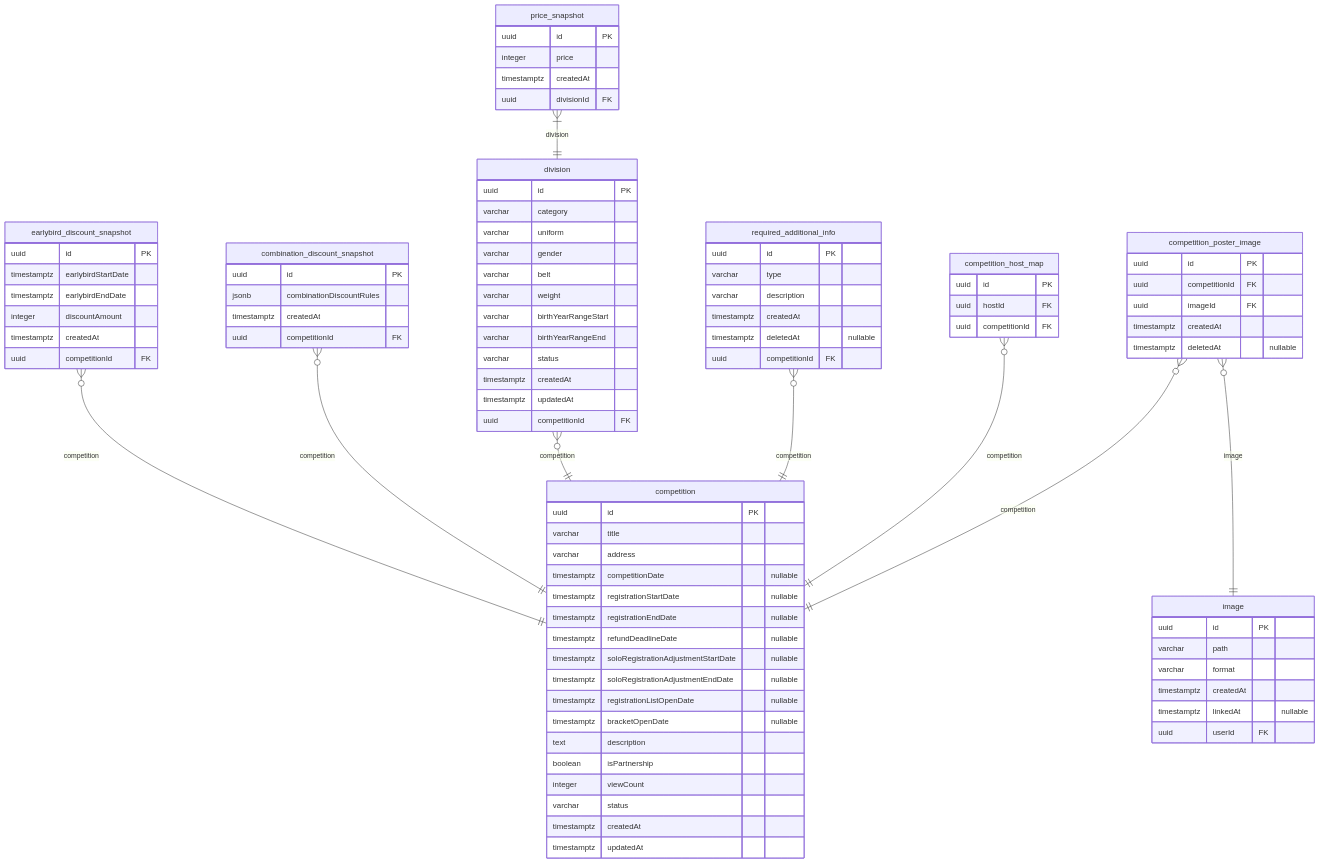
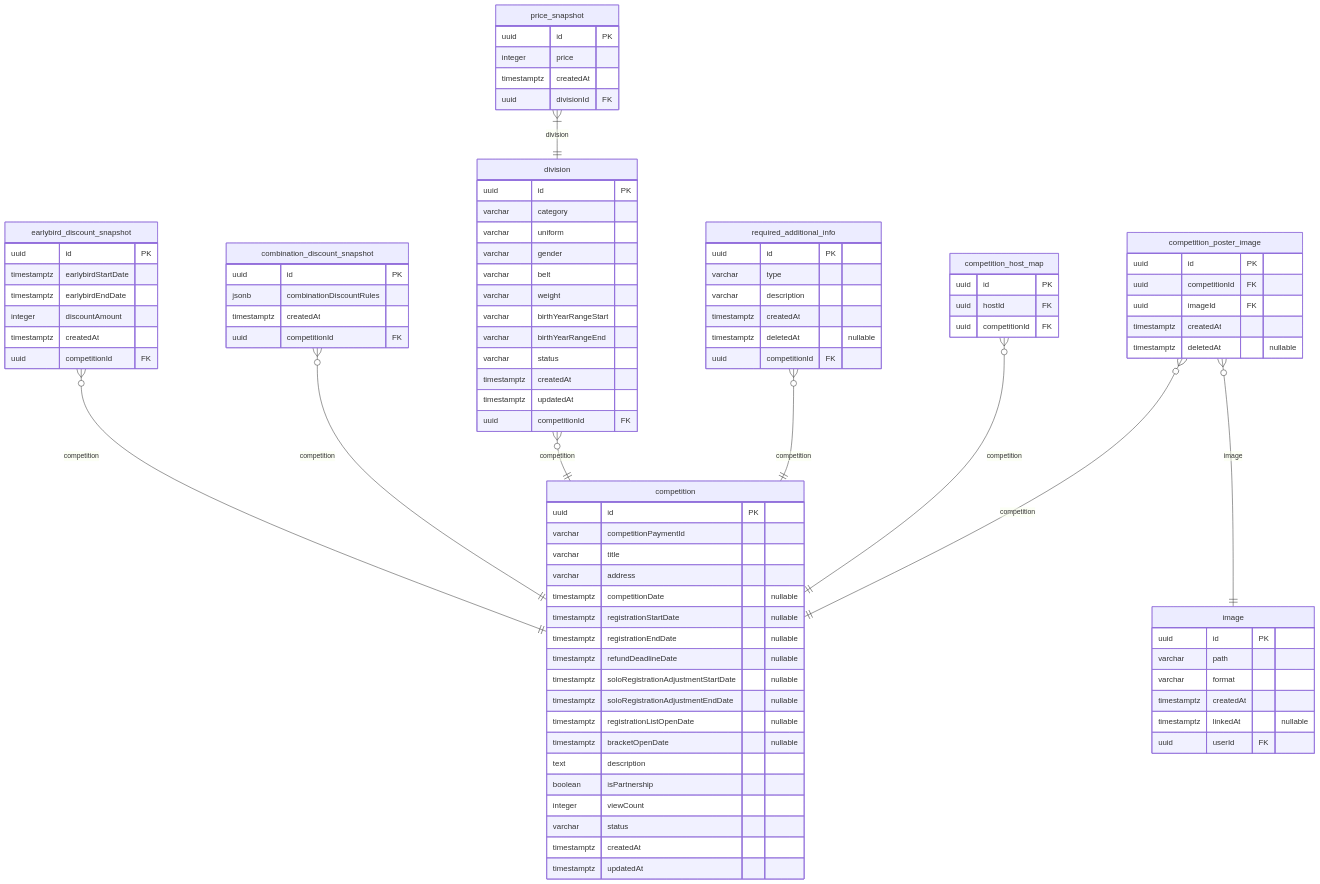
The third of 6 diagrams in docs/najiha-v2-erd.md (NAJUHA-JIUJITSU/najuha-v2-be), drawn with Mermaid before and after one commit. The commit also changed other lines of this file and 26 other files, not shown here.

```diff
--- a/docs/najiha-v2-erd.md
+++ b/docs/najiha-v2-erd.md
@@ -455,6 +460,7 @@
   }
   competition {
     uuid id PK
+    varchar competitionPaymentId
     varchar title
     varchar address
     timestamptz competitionDate "nullable"
```
